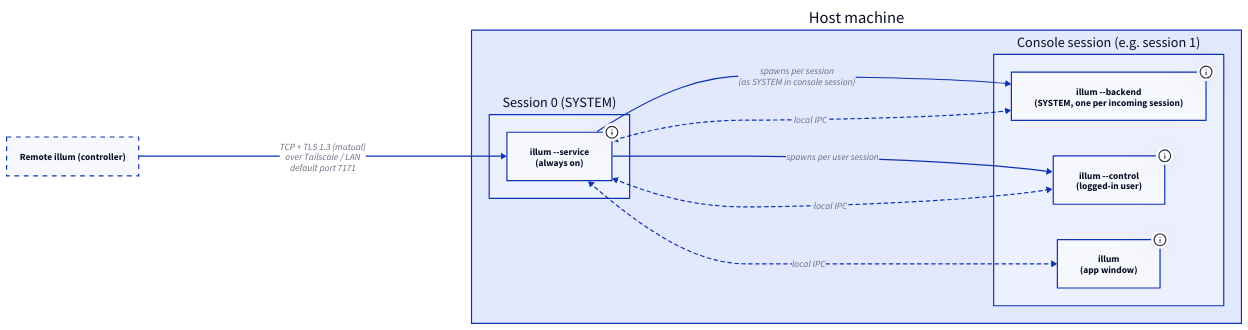
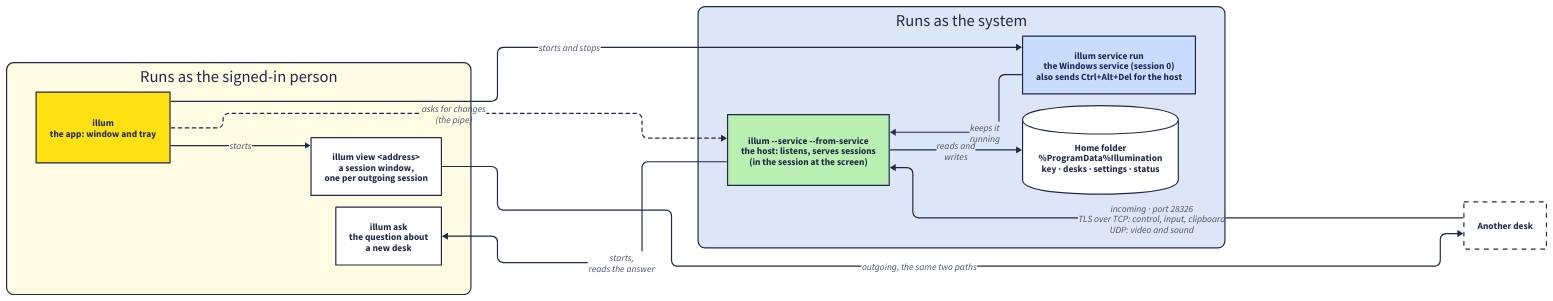
One commit to Yooouuuuuuu/illumination changed the diagram in docs/architecture/processes.d2. Above: the diagram before and after it, drawn with D2. The commit also changed 62 other files, not shown here.

```diff
--- a/docs/architecture/processes.d2
+++ b/docs/architecture/processes.d2
@@ -1,37 +1,53 @@
-# Illumination process model on one machine (Windows).
-# One binary, four roles; mirrors AnyDesk 9.7 as observed on 2026-10-19.
+# Illumination's processes on one installed Windows machine (architecture.md, section 3).
+# One binary, `illum`; the command line decides what a process is.
+# Render with: d2 processes.d2 processes.svg
+
+vars: {
+  d2-config: {
+    layout-engine: elk
+    pad: 24
+  }
+}
 
 direction: right
 
-remote: Remote illum (controller) {
-  shape: rectangle
+**.style.stroke: "#1E2A4A"
+**.style.font-color: "#1E2A4A"
+**.style.stroke-width: 2
+(** -> **)[*].style.stroke: "#1E2A4A"
+(** <- **)[*].style.stroke: "#1E2A4A"
+(** -> **)[*].style.font-color: "#44506E"
+(** <- **)[*].style.font-color: "#44506E"
+
+user: "Runs as the signed-in person" {
+  style.fill: "#FFFCE3"
+  style.border-radius: 12
+  view: "illum view <address>\na session window,\none per outgoing session" {style.fill: "#FFFFFF"}
+  app: "illum\nthe app: window and tray" {style.fill: "#FFE012"}
+  ask: "illum ask\nthe question about\na new desk" {style.fill: "#FFFFFF"}
+}
+
+system: "Runs as the system" {
+  style.fill: "#DDE6F6"
+  style.border-radius: 12
+  host: "illum --service --from-service\nthe host: listens, serves sessions\n(in the session at the screen)" {style.fill: "#B9EFB0"}
+  service: "illum service run\nthe Windows service (session 0)\nalso sends Ctrl+Alt+Del for the host" {style.fill: "#C9DBFF"}
+  home: "Home folder\n%ProgramData%\Illumination\nkey · desks · settings · status" {
+    shape: cylinder
+    style.fill: "#FFFFFF"
+  }
+}
+
+remote: "Another desk" {
+  style.fill: "#FFFFFF"
   style.stroke-dash: 4
 }
 
-host: Host machine {
-  session0: Session 0 (SYSTEM) {
-    service: "illum --service\n(always on)" {
-      tooltip: "Listens on the chosen interfaces only, terminates TLS, owns pairing, permissions and config"
-    }
-  }
-
-  console: Console session (e.g. session 1) {
-    backend: "illum --backend\n(SYSTEM, one per incoming session)" {
-      tooltip: "Capture, encode, input injection, desktop switching, accept/permissions panel"
-    }
-    control: "illum --control\n(logged-in user)" {
-      tooltip: "Clipboard, tray"
-    }
-    frontend: "illum\n(app window)" {
-      tooltip: "Device list, outgoing connections, viewer"
-    }
-  }
-
-  session0.service -> console.backend: "spawns per session\n(as SYSTEM in console session)"
-  session0.service -> console.control: "spawns per user session"
-  session0.service <-> console.backend: local IPC {style.stroke-dash: 3}
-  session0.service <-> console.control: local IPC {style.stroke-dash: 3}
-  session0.service <-> console.frontend: local IPC {style.stroke-dash: 3}
-}
-
-remote -> host.session0.service: "TCP + TLS 1.3 (mutual)\nover Tailscale / LAN\ndefault port 7171"
+user.app -> user.view: "starts"
+user.app -> system.host: "asks for changes\n(the pipe)" {style.stroke-dash: 3}
+user.app -> system.service: "starts and stops"
+user.ask <- system.host: "starts,\nreads the answer"
+system.host <- system.service: "keeps it\nrunning"
+system.host -> system.home: "reads and\nwrites"
+system.host <- remote: "incoming · port 28326\nTLS over TCP: control, input, clipboard\nUDP: video and sound"
+user.view -> remote: "outgoing, the same two paths"
```
